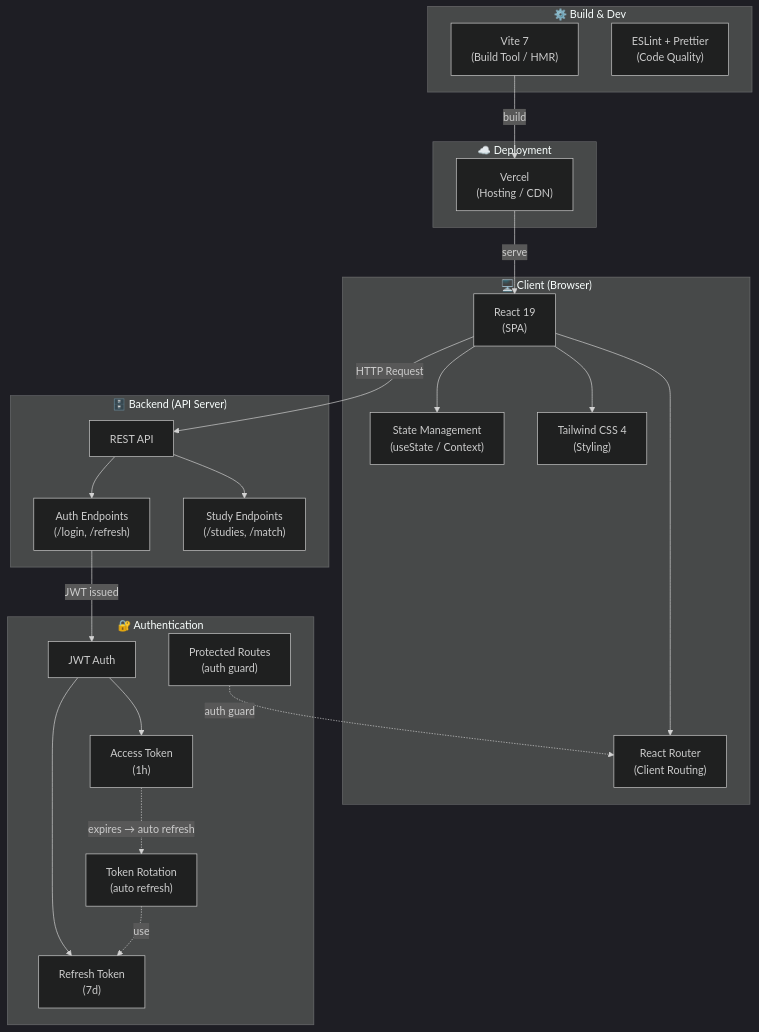
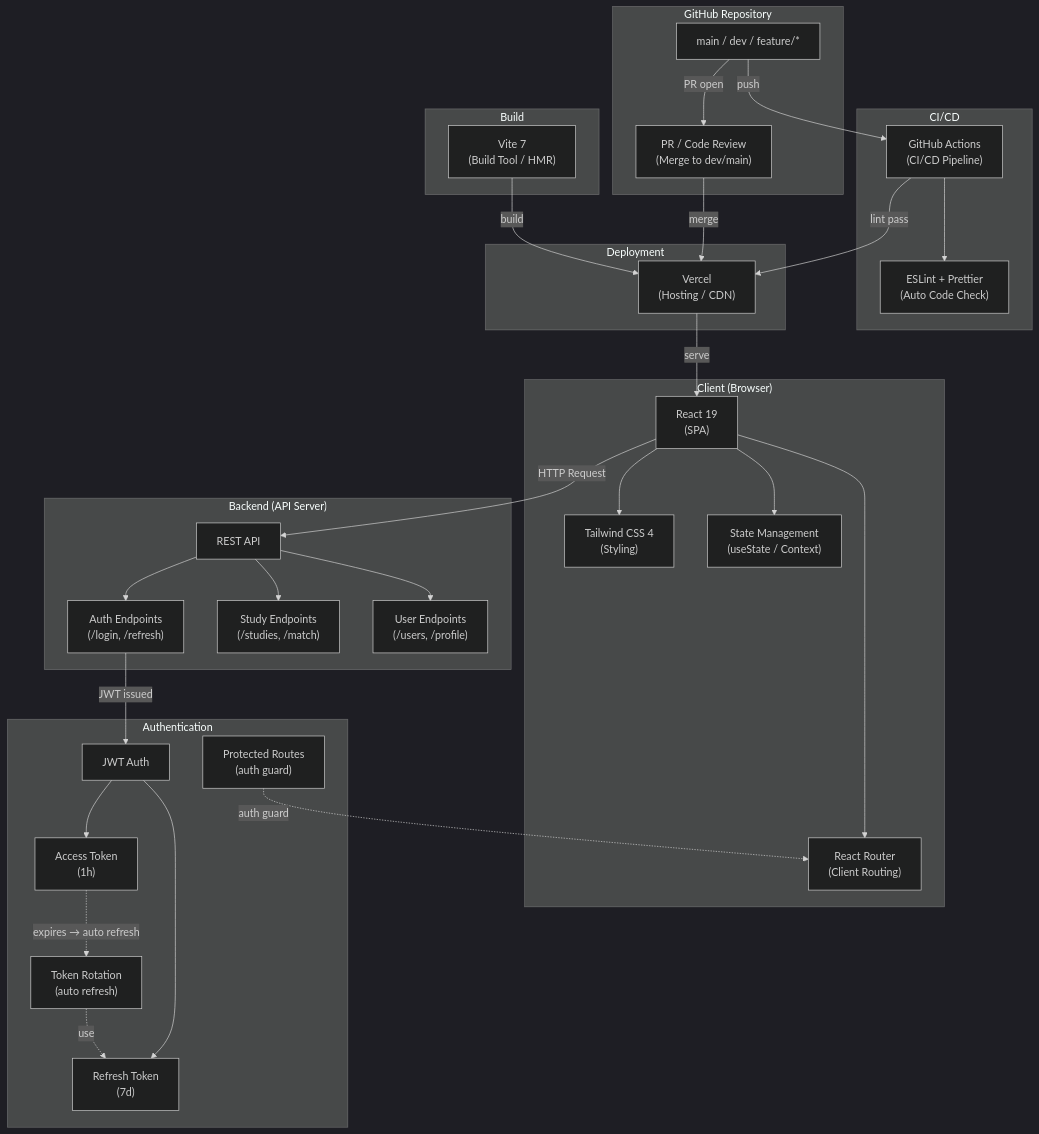
One commit to circleoflife112/yurihanWeb changed the diagram in README.md. Above: the diagram before and after it, drawn with Mermaid (dark theme).

Commit message:
머메이드2

````diff
--- a/README.md
+++ b/README.md
@@ -5,47 +5,67 @@
 ```mermaid
 graph TB
-    subgraph Client["🖥️ Client (Browser)"]
-        React["React 19\n(SPA)"]
-        Router["React Router\n(Client Routing)"]
-        State["State Management\n(useState / Context)"]
-        Tailwind["Tailwind CSS 4\n(Styling)"]
+    subgraph GitHub["GitHub Repository"]
+        Branch["main / dev / feature/*"]
+        PR["PR / Code Review\n(Merge to dev/main)"]
     end
 
-    subgraph Build["⚙️ Build & Dev"]
-        Vite["Vite 7\n(Build Tool / HMR)"]
-        Lint["ESLint + Prettier\n(Code Quality)"]
+    subgraph CICD["CI/CD"]
+        Actions["GitHub Actions\n(CI/CD Pipeline)"]
+        Lint["ESLint + Prettier\n(Auto Code Check)"]
     end
 
-    subgraph Deploy["☁️ Deployment"]
+    subgraph Deploy["Deployment"]
         Vercel["Vercel\n(Hosting / CDN)"]
     end
 
-    subgraph Auth["🔐 Authentication"]
+    subgraph Client["Client (Browser)"]
+        React["React 19\n(SPA)"]
+        Router["React Router\n(Client Routing)"]
+        Tailwind["Tailwind CSS 4\n(Styling)"]
+        State["State Management\n(useState / Context)"]
+    end
+
+    subgraph Build["Build"]
+        Vite["Vite 7\n(Build Tool / HMR)"]
+    end
+
+    subgraph Auth["Authentication"]
         JWT["JWT Auth"]
         AccessToken["Access Token\n(1h)"]
         RefreshToken["Refresh Token\n(7d)"]
         Rotation["Token Rotation\n(auto refresh)"]
         Guard["Protected Routes\n(auth guard)"]
     end
 
-    subgraph Backend["🗄️ Backend (API Server)"]
+    subgraph Backend["Backend (API Server)"]
         API["REST API"]
         AuthAPI["Auth Endpoints\n(/login, /refresh)"]
         StudyAPI["Study Endpoints\n(/studies, /match)"]
+        UserAPI["User Endpoints\n(/users, /profile)"]
     end
 
-    React --> Router
-    React --> State
-    React --> Tailwind
+    Branch -->|push| Actions
+    Branch -->|PR open| PR
+    Actions --> Lint
+    Actions -->|lint pass| Vercel
+    PR -->|merge| Vercel
+
     Vite -->|build| Vercel
     Vercel -->|serve| React
+
+    React --> Router
+    React --> Tailwind
+    React --> State
     React -->|HTTP Request| API
+
     API --> AuthAPI
     API --> StudyAPI
+    API --> UserAPI
+
     AuthAPI -->|JWT issued| JWT
     JWT --> AccessToken
     JWT --> RefreshToken
     AccessToken -.->|expires → auto refresh| Rotation
     Rotation -.->|use| RefreshToken
     Guard -.->|auth guard| Router
 ```
````
